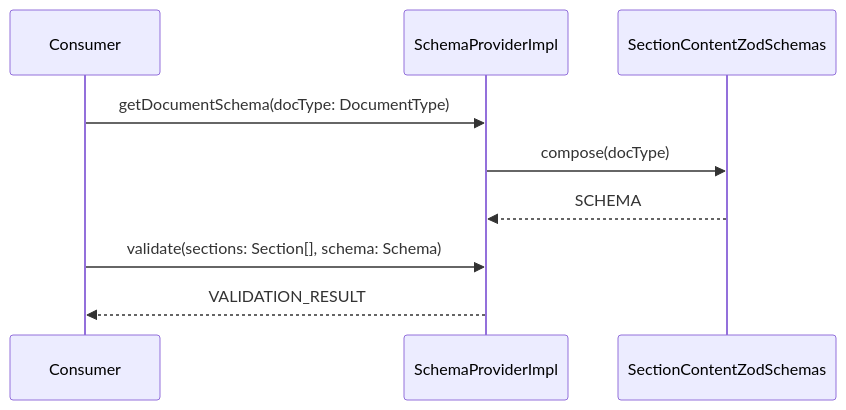
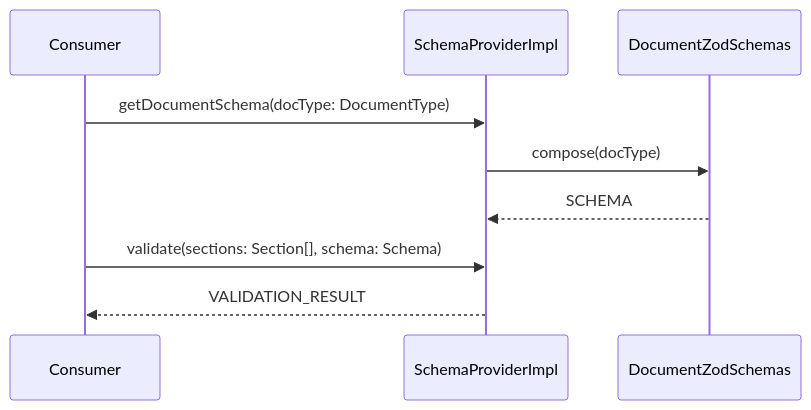
Before and after one commit to livelifelively/documentation-driven-development-tools: the fifth of 5 diagrams in docs/requirements/p1.p6-doc-content-validator.plan.md, drawn with Mermaid.

Commit message:
name fix

````diff
--- a/docs/requirements/p1.p6-doc-content-validator.plan.md
+++ b/docs/requirements/p1.p6-doc-content-validator.plan.md
@@ -203,12 +203,12 @@
 ```mermaid
 sequenceDiagram
     participant Consumer
     participant SchemaProviderImpl
-    participant ZodSchemas as SectionContentZodSchemas
+    participant ZodSchemas as DocumentZodSchemas
 
     Consumer->>SchemaProviderImpl: getDocumentSchema(docType: DocumentType)
     SchemaProviderImpl->>ZodSchemas: compose(docType)
     ZodSchemas-->>SchemaProviderImpl: SCHEMA
     Consumer->>SchemaProviderImpl: validate(sections: Section[], schema: Schema)
     SchemaProviderImpl-->>Consumer: VALIDATION_RESULT
 ```
````
